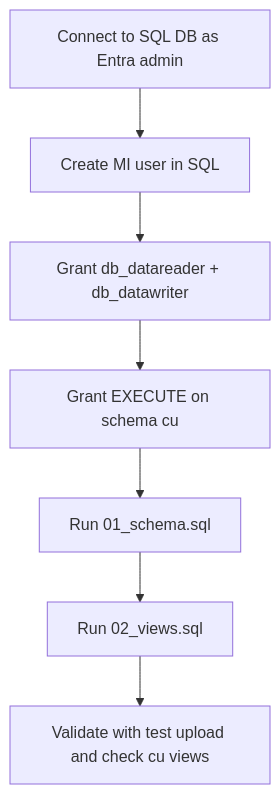
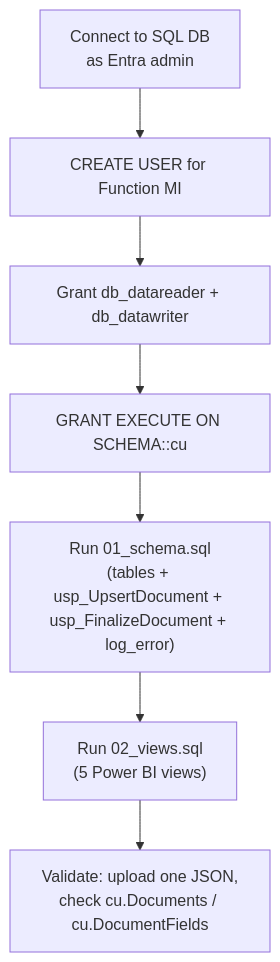
The diagram in sql/README.md (GeorgeStevens13/Content-Understanding-Confidence-Logger), drawn with Mermaid before and after one commit. The commit also changed other lines of this file and 7 other files, not shown here.

````diff
--- a/sql/README.md
+++ b/sql/README.md
@@ -7,9 +7,9 @@
 ```mermaid
 flowchart TD
-   A[Connect to SQL DB as Entra admin] --> B[Create MI user in SQL]
-   B --> C[Grant db_datareader + db_datawriter]
-   C --> D[Grant EXECUTE on schema cu]
-   D --> E[Run 01_schema.sql]
-   E --> F[Run 02_views.sql]
-   F --> G[Validate with test upload and check cu views]
+   A["Connect to SQL DB<br/>as Entra admin"] --> B["CREATE USER for Function MI"]
+   B --> C["Grant db_datareader + db_datawriter"]
+   C --> D["GRANT EXECUTE ON SCHEMA::cu"]
+   D --> E["Run 01_schema.sql<br/>(tables + usp_UpsertDocument + usp_FinalizeDocument + log_error)"]
+   E --> F["Run 02_views.sql<br/>(5 Power BI views)"]
+   F --> G["Validate: upload one JSON,<br/>check cu.Documents / cu.DocumentFields"]
 ```
````
